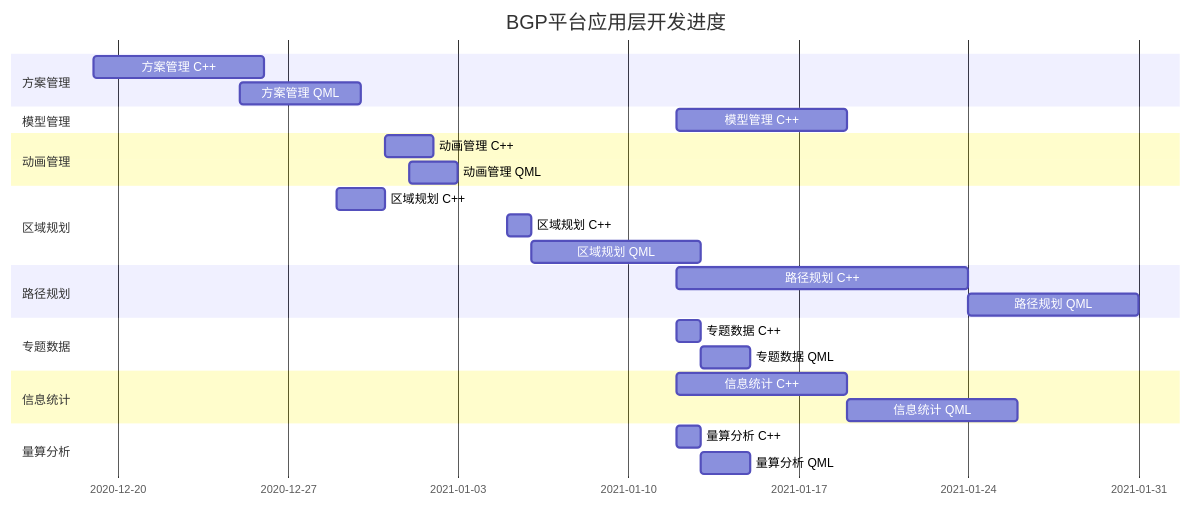
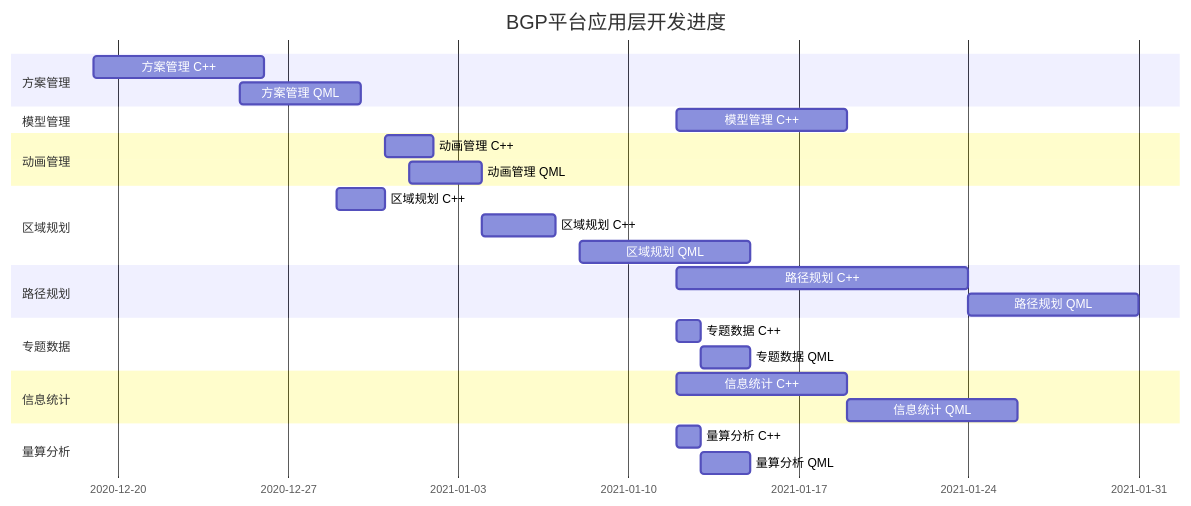
The diagram in Doc/BGP平台应用层开发进度.md (MJYCo-Ltd/Map), drawn with Mermaid before and after one commit. The commit also changed other lines of this file and 9 other files, not shown here.

````diff
--- a/Doc/BGP平台应用层开发进度.md
+++ b/Doc/BGP平台应用层开发进度.md
@@ -13,29 +13,29 @@
 ```mermaid
 gantt
     title BGP平台应用层开发进度
     dateFormat  YYYY-MM-DD
     section 方案管理
     方案管理 C++ :a1, 2020-12-19, 7d
     方案管理 QML :a2 ,2020-12-25, 5d
     section 模型管理
     模型管理 C++ :b1, 2021-01-12, 7d
     section 动画管理
     动画管理 C++ :c1, 2020-12-31, 2d
-    动画管理 QML :c2, 2021-01-01, 2d
+    动画管理 QML :c2, 2021-01-01, 3d
     section 区域规划
     区域规划 C++ :d1, 2020-12-29  , 2d
-    区域规划 C++ :d1, 2021-01-5  , 1d
-    区域规划 QML :after d1, 7d
+    区域规划 C++ :d1, 2021-01-04  , 3d
+    区域规划 QML :d1, 2021-01-08  , 7d
     section 路径规划
     路径规划 C++ :e1, 2021-01-12  , 12d
     路径规划 QML :after e1, 7d
     section 专题数据
     专题数据 C++ :f1, 2021-01-12  , 1d
     专题数据 QML :after f1, 2d
     section 信息统计
     信息统计 C++ :g1, 2021-01-12  , 7d
     信息统计 QML :after g1, 7d
     section 量算分析
     量算分析 C++ :h1, 2021-01-12  , 1d
     量算分析 QML :after h1, 2d
 ```
````
